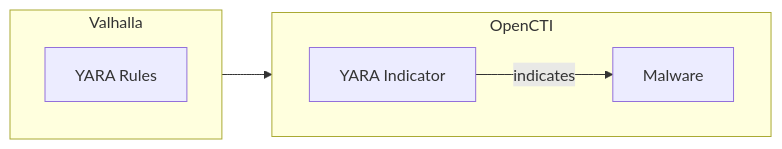
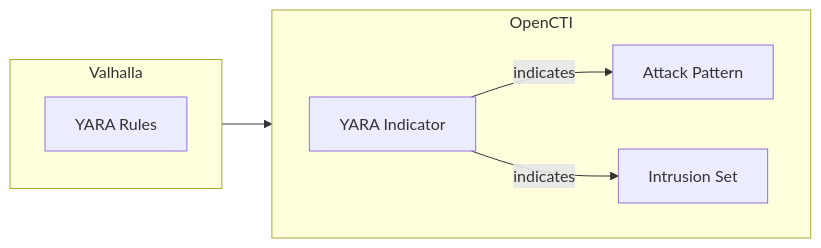
Before and after one commit to OpenCTI-Platform/connectors: the diagram in external-import/valhalla/README.md, drawn with Mermaid. The commit also changed other lines of this file and 5 other files, not shown here.

````diff
--- a/external-import/valhalla/README.md
+++ b/external-import/valhalla/README.md
@@ -107,16 +108,18 @@
 ```mermaid
 graph LR
     subgraph Valhalla
         direction TB
         Rules[YARA Rules]
     end
 
     subgraph OpenCTI
         direction LR
         Indicator[YARA Indicator]
-        Malware[Malware]
+        AttackPattern[Attack Pattern]
+        IntrusionSet[Intrusion Set]
     end
 
     Rules --> Indicator
-    Indicator -- indicates --> Malware
+    Indicator -- indicates --> AttackPattern
+    Indicator -- indicates --> IntrusionSet
 ```
````
